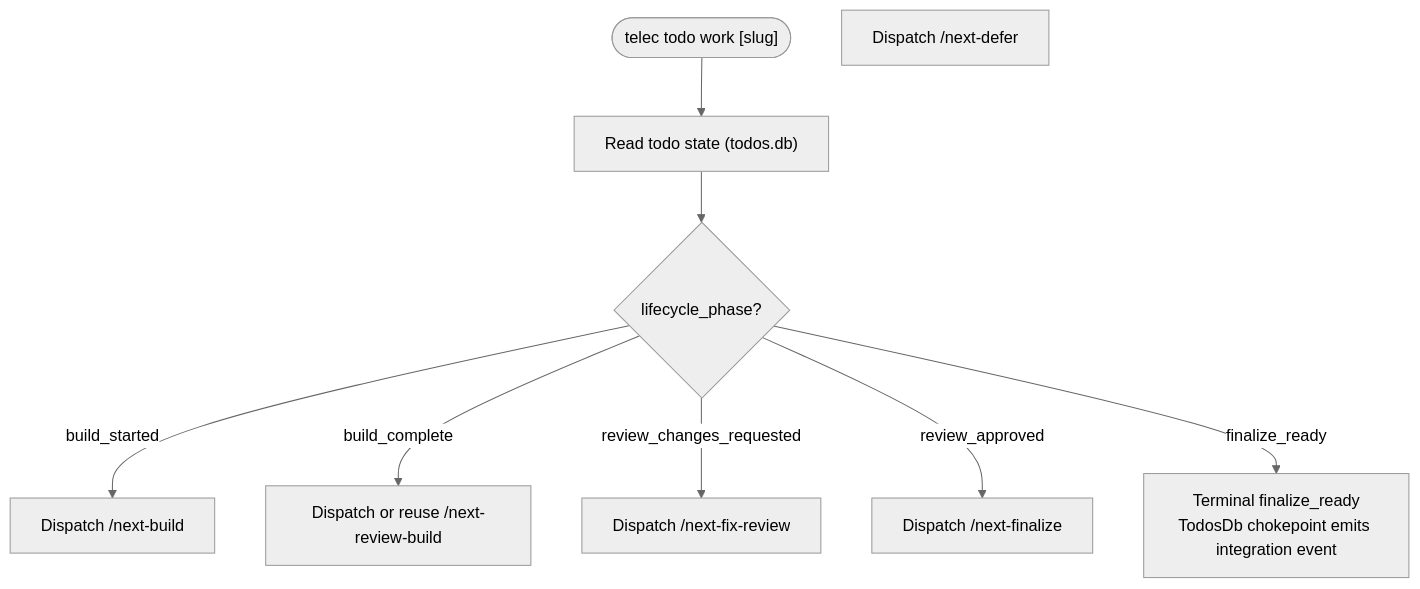
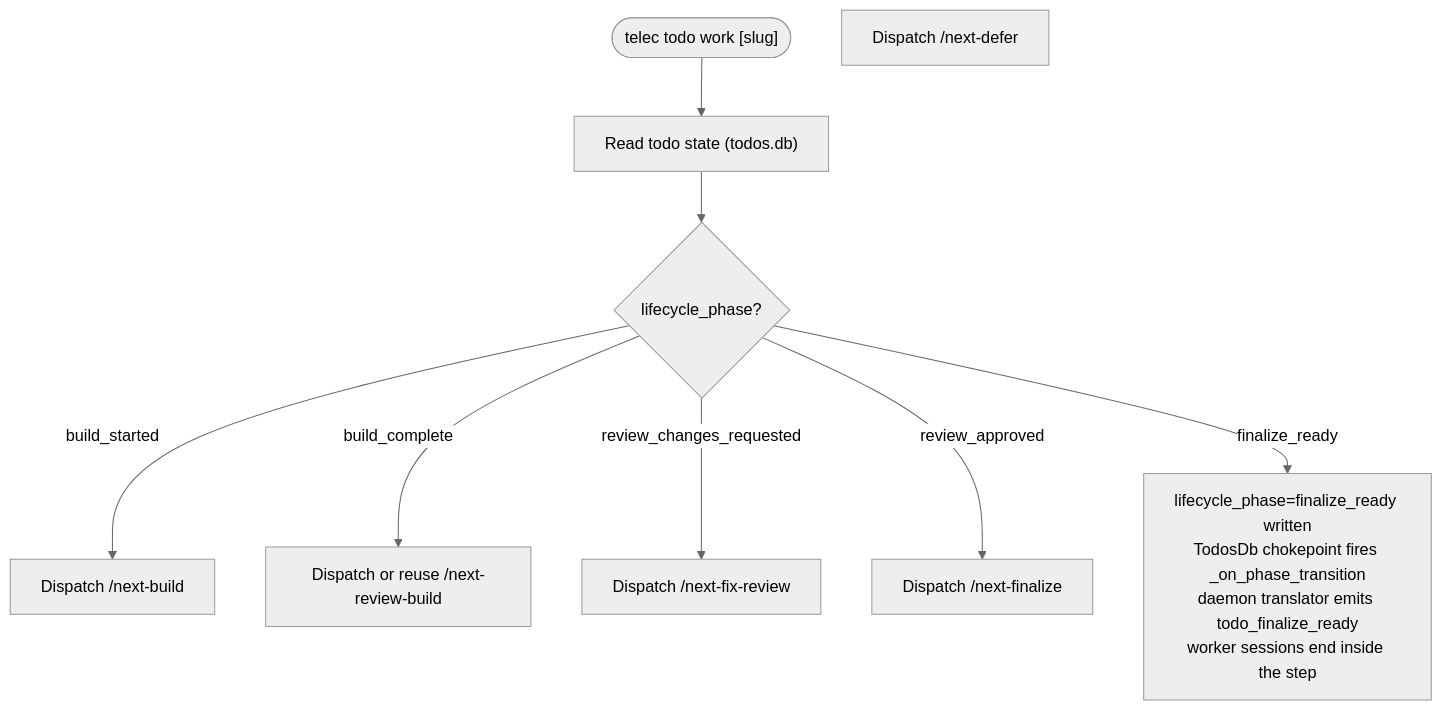
The second of 5 diagrams in docs/project/design/architecture/work-state-machine.md (InstruktAI/TeleClaude), drawn with Mermaid (neutral theme) before and after one commit. The commit also changed other lines of this file and 31 other files, not shown here.

````diff
--- a/docs/project/design/architecture/work-state-machine.md
+++ b/docs/project/design/architecture/work-state-machine.md
@@ -140,22 +140,22 @@
 ```mermaid
 flowchart TD
     Start(["telec todo work [slug]"])
     ReadState["Read todo state (todos.db)"]
     PhaseCheck{"lifecycle_phase?"}
 
     DispatchBuild["Dispatch /next-build"]
     DispatchReview["Dispatch or reuse /next-review-build"]
     DispatchFix["Dispatch /next-fix-review"]
     DispatchDefer["Dispatch /next-defer"]
     DispatchFinalize["Dispatch /next-finalize"]
-    Terminal["Terminal finalize_ready<br/>TodosDb chokepoint emits integration event"]
+    Terminal["lifecycle_phase=finalize_ready written<br/>TodosDb chokepoint fires _on_phase_transition<br/>daemon translator emits todo_finalize_ready<br/>worker sessions end inside the step"]
 
     Start --> ReadState
     ReadState --> PhaseCheck
 
     PhaseCheck -->|"build_started"| DispatchBuild
     PhaseCheck -->|"build_complete"| DispatchReview
     PhaseCheck -->|"review_changes_requested"| DispatchFix
     PhaseCheck -->|"review_approved"| DispatchFinalize
     PhaseCheck -->|"finalize_ready"| Terminal
 ```
````
